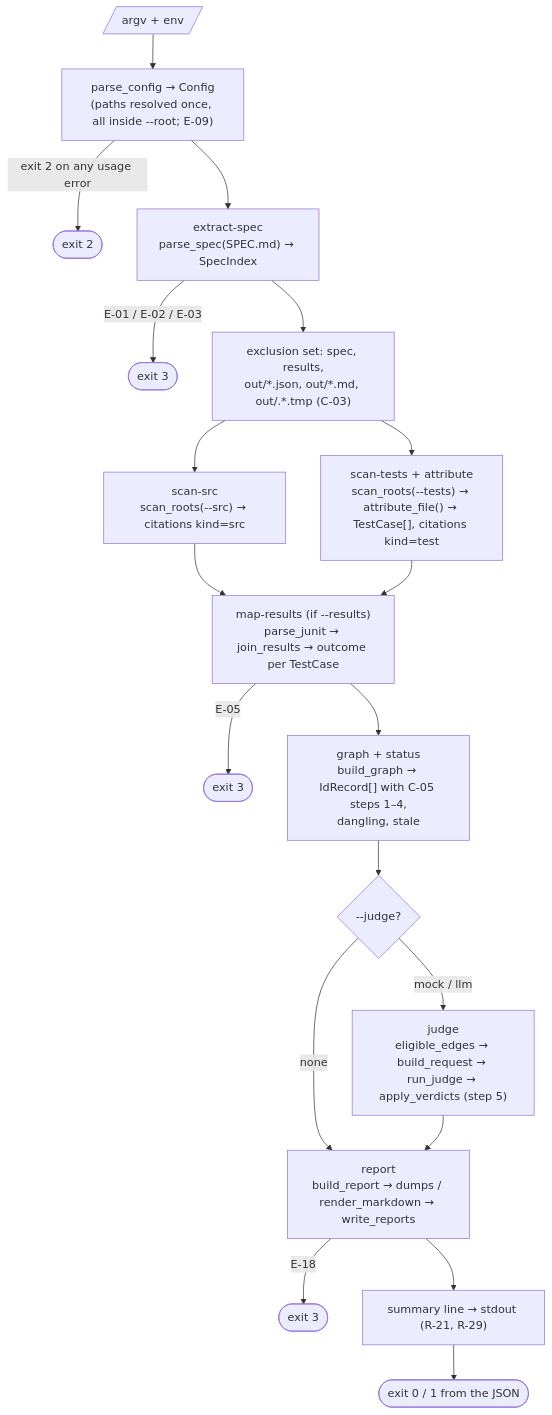
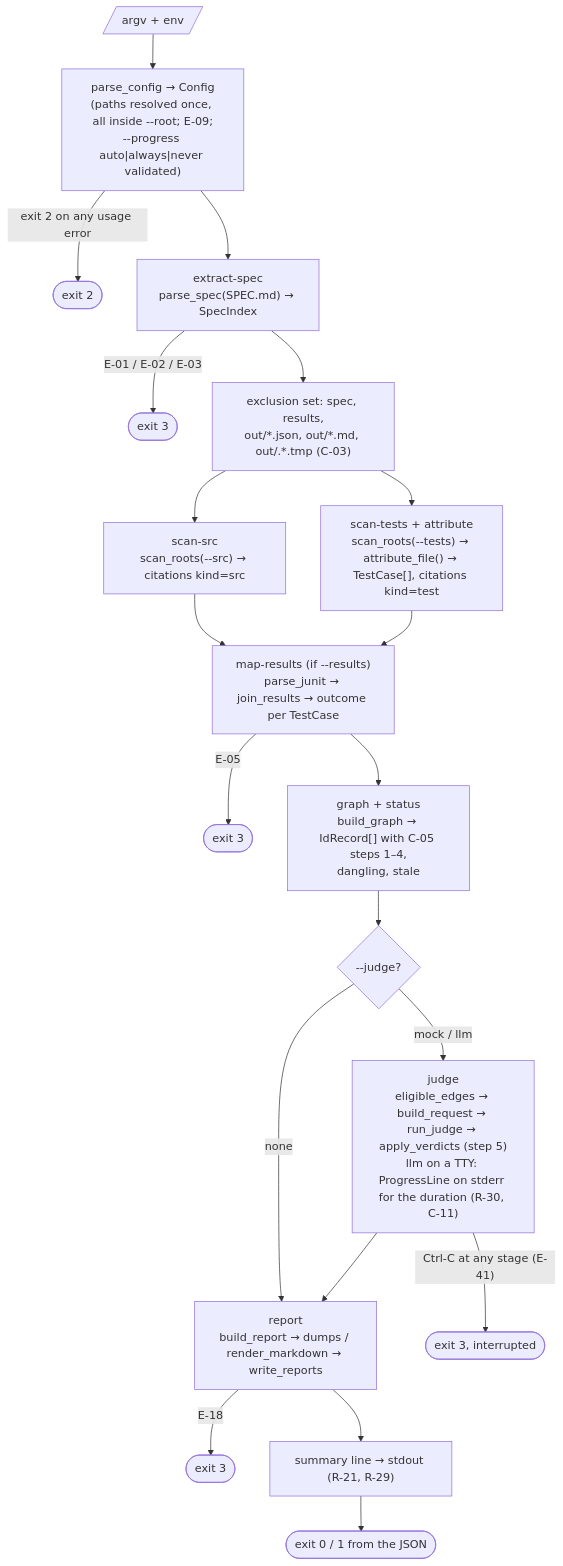
One commit to rioffe/speccheck changed the fourth of 11 diagrams in ARCHITECTURE.md. Above: the diagram before and after it, drawn with Mermaid. The commit also changed other lines of this file and 1 other file, not shown here.

First line of the commit message:
docs(architecture): reflect speccheck 1.4.0 — progress indicator, --progress, E-41 interrupts, hosted judge endpoints, 73 tests / 170 IDs, D-16

````diff
--- a/ARCHITECTURE.md
+++ b/ARCHITECTURE.md
@@ -155,20 +157,21 @@
 ```mermaid
 flowchart TB
-    argv[/argv + env/] --> parse["parse_config → Config<br/>(paths resolved once, all inside --root; E-09)"]
+    argv[/argv + env/] --> parse["parse_config → Config<br/>(paths resolved once, all inside --root; E-09;<br/>--progress auto|always|never validated)"]
     parse -->|exit 2 on any usage error| X2([exit 2])
     parse --> spec["extract-spec<br/>parse_spec(SPEC.md) → SpecIndex"]
     spec -->|E-01 / E-02 / E-03| X3a([exit 3])
     spec --> excl["exclusion set: spec, results,<br/>out/*.json, out/*.md, out/.*.tmp (C-03)"]
     excl --> src["scan-src<br/>scan_roots(--src) → citations kind=src"]
     excl --> tst["scan-tests + attribute<br/>scan_roots(--tests) → attribute_file() → TestCase[], citations kind=test"]
     src & tst --> res["map-results (if --results)<br/>parse_junit → join_results → outcome per TestCase"]
     res -->|E-05| X3b([exit 3])
     res --> gr["graph + status<br/>build_graph → IdRecord[] with C-05 steps 1–4,<br/>dangling, stale"]
     gr --> q{--judge?}
     q -->|none| rep
-    q -->|mock / llm| judge["judge<br/>eligible_edges → build_request → run_judge → apply_verdicts (step 5)"]
+    q -->|mock / llm| judge["judge<br/>eligible_edges → build_request → run_judge → apply_verdicts (step 5)<br/>llm on a TTY: ProgressLine on stderr for the duration (R-30, C-11)"]
+    judge -->|"Ctrl-C at any stage (E-41)"| X3d(["exit 3, interrupted"])
     judge --> rep["report<br/>build_report → dumps / render_markdown → write_reports"]
     rep -->|E-18| X3c([exit 3])
     rep --> line["summary line → stdout (R-21, R-29)"]
     line --> X01([exit 0 / 1 from the JSON])
 ```
````
